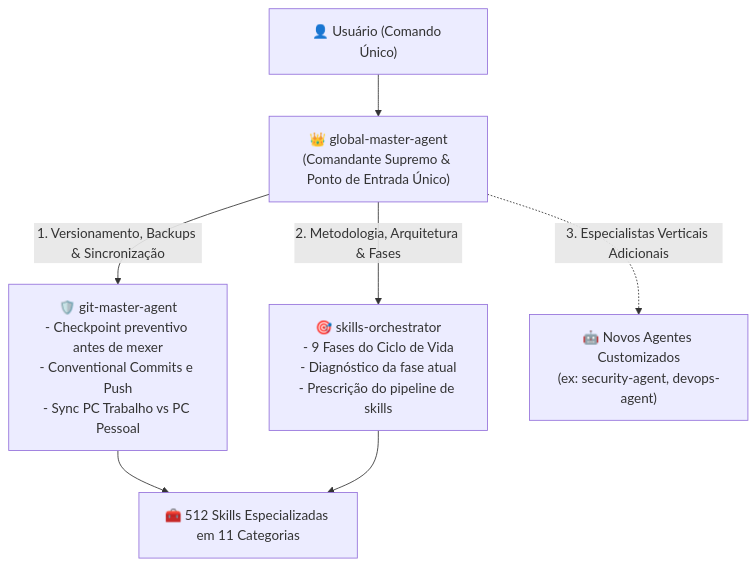
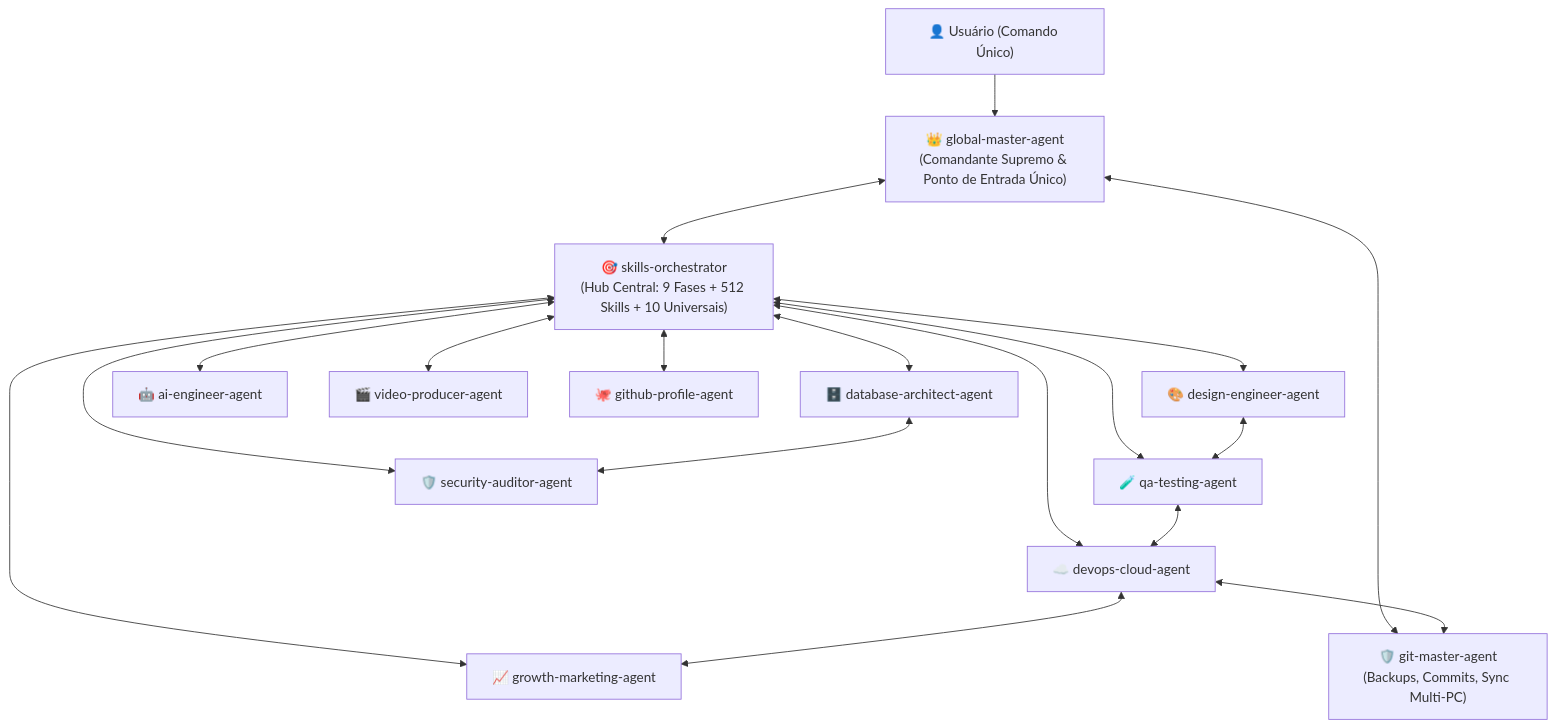
One commit to Henrique1601/SkiilsToIAs changed the diagram in custom-agents/README.md. Above: the diagram before and after it, drawn with Mermaid. The commit also changed other lines of this file and 25 other files, not shown here.

````diff
--- a/custom-agents/README.md
+++ b/custom-agents/README.md
@@ -32,13 +32,23 @@
 ```mermaid
 flowchart TD
     User["👤 Usuário (Comando Único)"] --> GMA["👑 global-master-agent<br/>(Comandante Supremo & Ponto de Entrada Único)"]
 
-    GMA -->|"1. Versionamento, Backups & Sincronização"| GitMaster["🛡️ git-master-agent<br/>- Checkpoint preventivo antes de mexer<br/>- Conventional Commits e Push<br/>- Sync PC Trabalho vs PC Pessoal"]
-    
-    GMA -->|"2. Metodologia, Arquitetura & Fases"| Orch["🎯 skills-orchestrator<br/>- 9 Fases do Ciclo de Vida<br/>- Diagnóstico da fase atual<br/>- Prescrição do pipeline de skills"]
+    GMA <--> Orch["🎯 skills-orchestrator<br/>(Hub Central: 9 Fases + 512 Skills + 10 Universais)"]
+    GMA <--> GitMaster["🛡️ git-master-agent<br/>(Backups, Commits, Sync Multi-PC)"]
 
-    GMA -.->|"3. Especialistas Verticais Adicionais"| Future["🤖 Novos Agentes Customizados<br/>(ex: security-agent, devops-agent)"]
+    Orch <--> UI["🎨 design-engineer-agent"]
+    Orch <--> DB["🗄️ database-architect-agent"]
+    Orch <--> AI["🤖 ai-engineer-agent"]
+    Orch <--> QA["🧪 qa-testing-agent"]
+    Orch <--> Sec["🛡️ security-auditor-agent"]
+    Orch <--> DevOps["☁️ devops-cloud-agent"]
+    Orch <--> Growth["📈 growth-marketing-agent"]
+    Orch <--> Video["🎬 video-producer-agent"]
+    Orch <--> Profile["🐙 github-profile-agent"]
 
-    GitMaster --> Skills["🧰 512 Skills Especializadas em 11 Categorias"]
-    Orch --> Skills
+    DB <--> Sec
+    UI <--> QA
+    QA <--> DevOps
+    DevOps <--> Growth
+    DevOps <--> GitMaster
 ```
````
